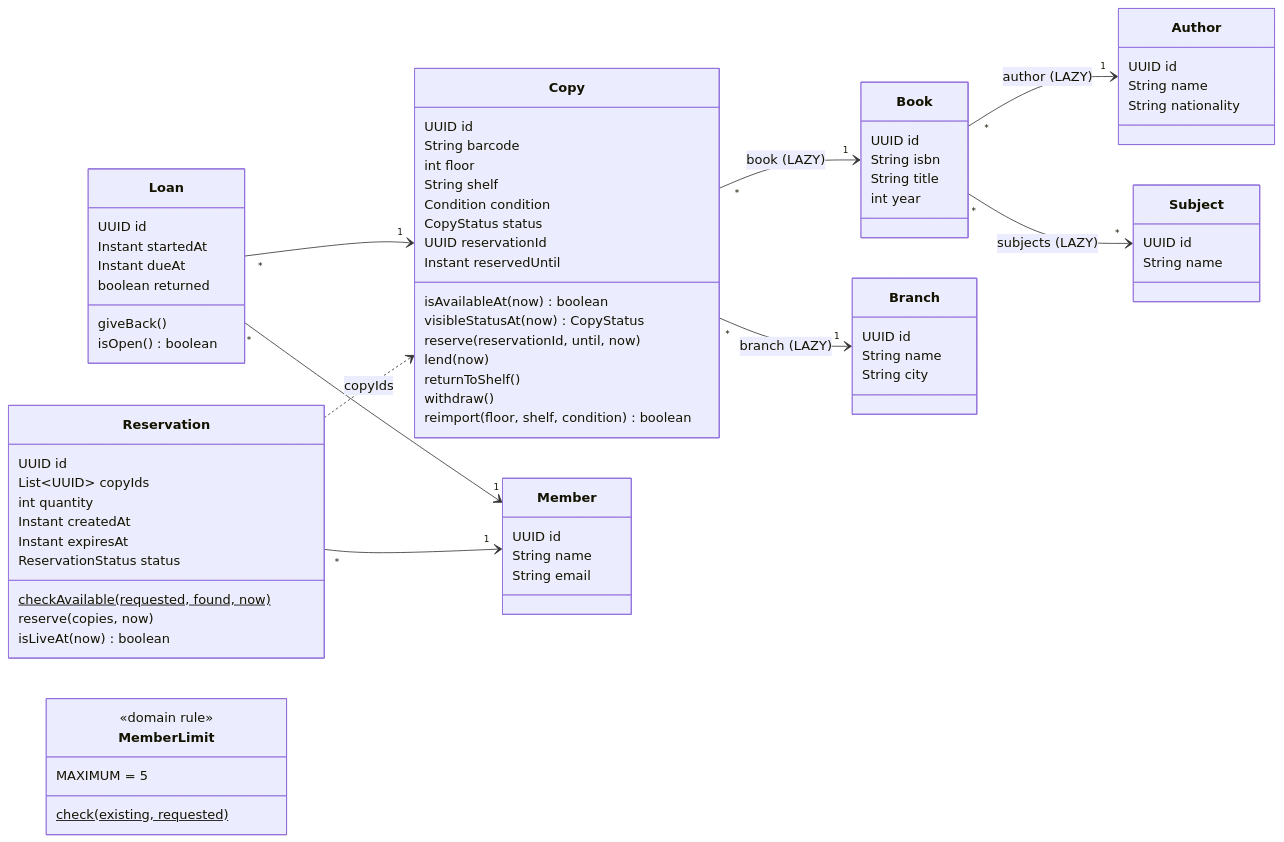
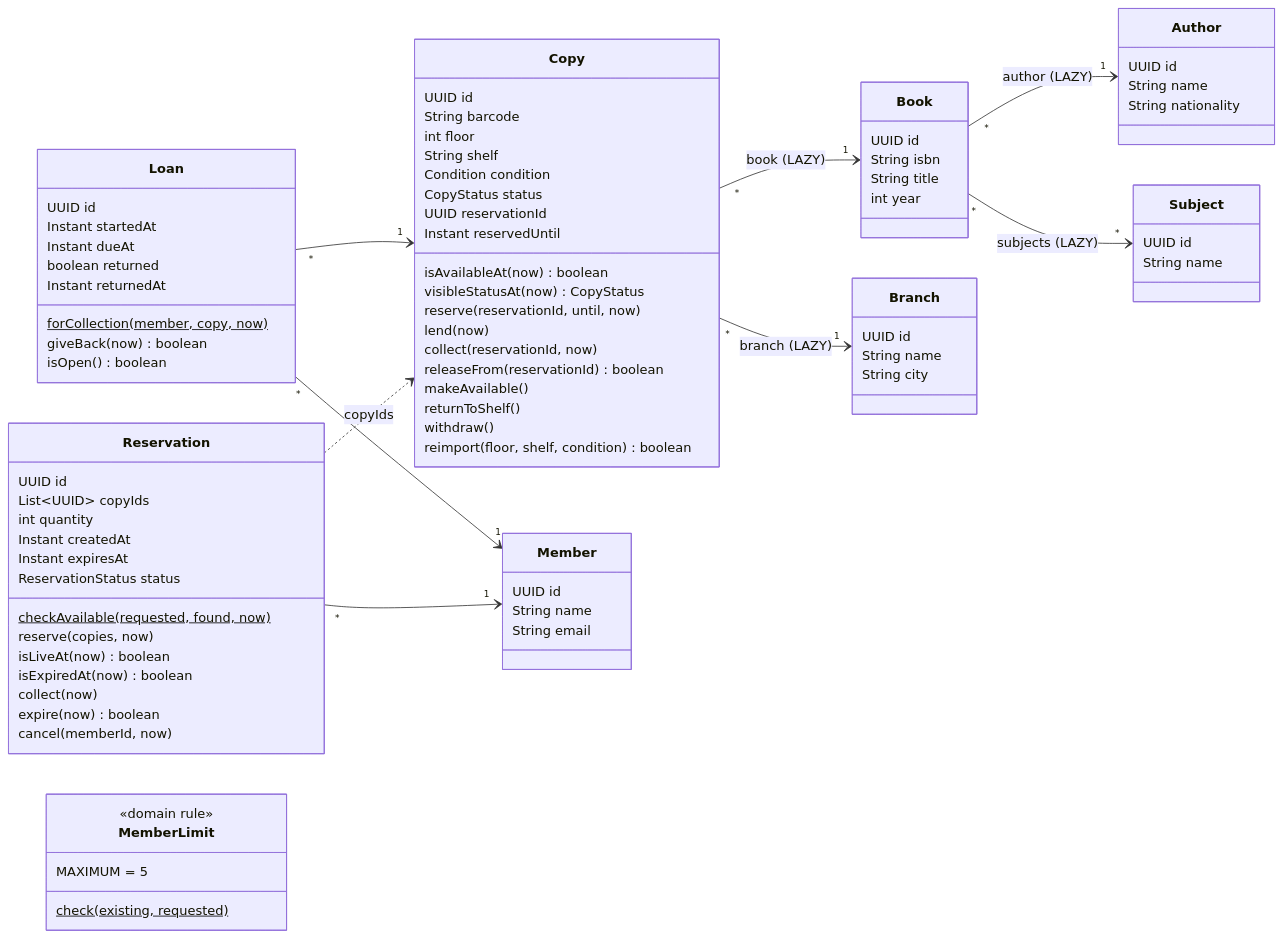
Before and after one commit to LabInternetPub/JPAlibraryExample: the first of 7 diagrams in design/domain-and-examples.md, drawn with Mermaid. The commit also changed other lines of this file and 8 other files, not shown here.

```diff
--- a/design/domain-and-examples.md
+++ b/design/domain-and-examples.md
@@ -46,6 +49,9 @@
         visibleStatusAt(now) CopyStatus
         reserve(reservationId, until, now)
         lend(now)
+        collect(reservationId, now)
+        releaseFrom(reservationId) boolean
+        makeAvailable()
         returnToShelf()
         withdraw()
         reimport(floor, shelf, condition) boolean
@@ -60,7 +66,9 @@
         Instant startedAt
         Instant dueAt
         boolean returned
-        giveBack()
+        Instant returnedAt
+        forCollection(member, copy, now)$
+        giveBack(now) boolean
         isOpen() boolean
     }
     class Reservation {
@@ -73,6 +81,10 @@
         checkAvailable(requested, found, now)$
         reserve(copies, now)
         isLiveAt(now) boolean
+        isExpiredAt(now) boolean
+        collect(now)
+        expire(now) boolean
+        cancel(memberId, now)
     }
     class MemberLimit {
         <<domain rule>>
```
